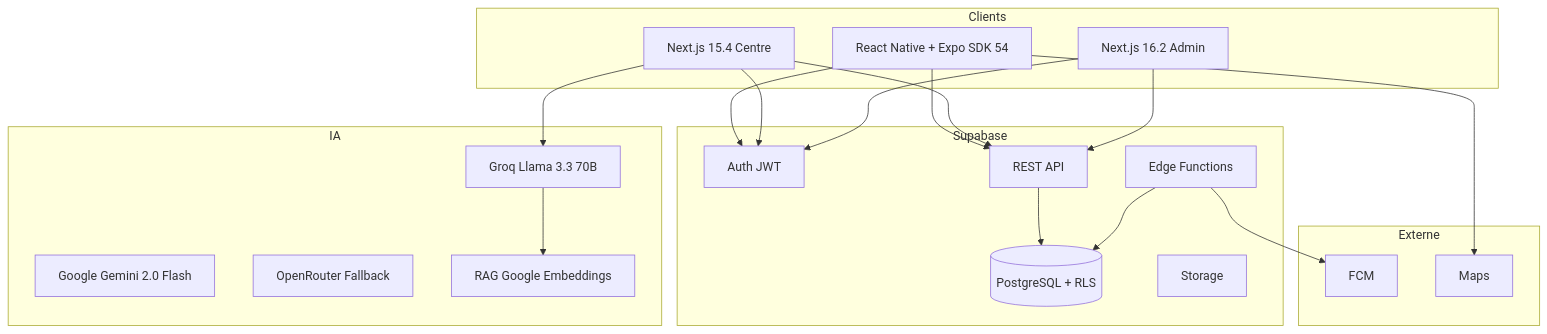
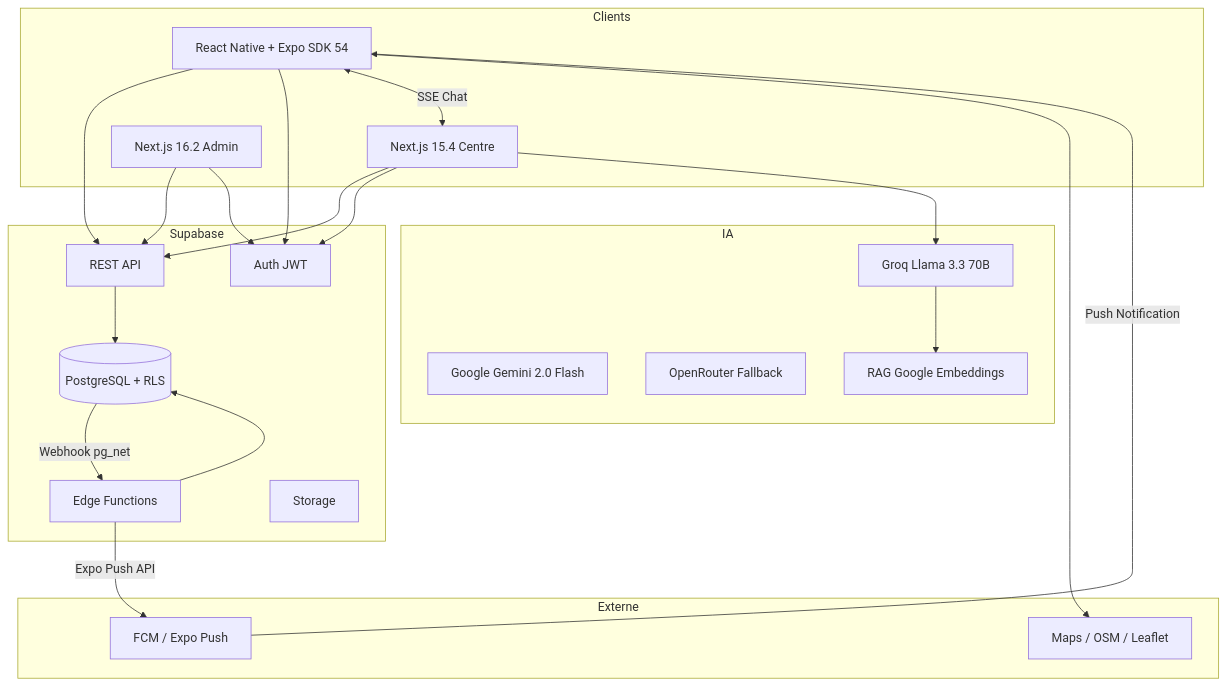
Before and after one commit to senmos26/bloodlink: the second of 5 diagrams in docs/CAHIER_DES_CHARGES_V2.md, drawn with Mermaid. The commit also changed other lines of this file and 1 other file, not shown here.

Commit message:
docs: update Cahier des charges V2 and Architecture docs with full app analysis and pg_net webhook flow

````diff
--- a/docs/CAHIER_DES_CHARGES_V2.md
+++ b/docs/CAHIER_DES_CHARGES_V2.md
@@ -250,37 +263,40 @@
 ```mermaid
 graph TB
     subgraph Clients
         Mobile[React Native + Expo SDK 54]
         CenterWeb[Next.js 15.4 Centre]
         AdminWeb[Next.js 16.2 Admin]
     end
     subgraph Supabase
         Auth[Auth JWT]
         DB[(PostgreSQL + RLS)]
         API[REST API]
         EF[Edge Functions]
         Storage[Storage]
     end
     subgraph IA
         Groq[Groq Llama 3.3 70B]
         Gemini[Google Gemini 2.0 Flash]
         OpenRouter[OpenRouter Fallback]
         RAG[RAG Google Embeddings]
     end
     subgraph Externe
-        FCM[FCM]
-        Maps[Maps]
+        FCM[FCM / Expo Push]
+        Maps[Maps / OSM / Leaflet]
     end
     Mobile --> API
     Mobile --> Auth
+    Mobile <-->|SSE Chat| CenterWeb
     CenterWeb --> API
     CenterWeb --> Auth
     CenterWeb --> Groq
     AdminWeb --> API
     AdminWeb --> Auth
     API --> DB
+    DB -->|Webhook pg_net| EF
     EF --> DB
-    EF --> FCM
+    EF -->|Expo Push API| FCM
+    FCM -->|Push Notification| Mobile
     Mobile --> Maps
     Groq --> RAG
 ```
````
